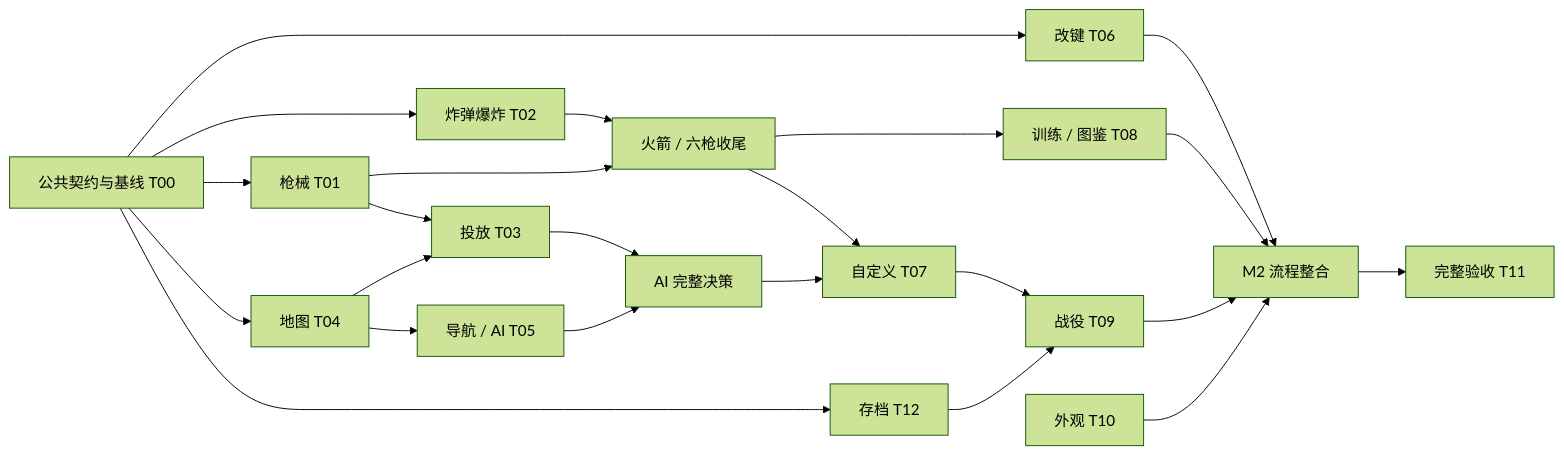
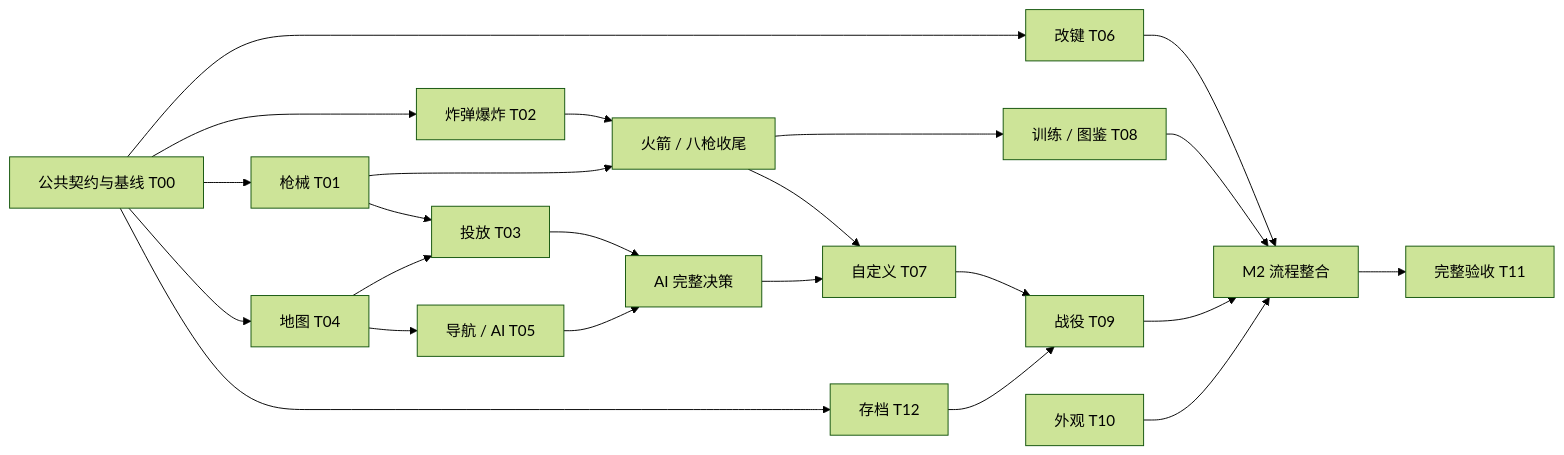
The diagram in docs/PARALLEL_PLAN.md (aliez-zero/gun-brawl), drawn with Mermaid (forest theme) before and after one commit. The commit also changed other lines of this file and 15 other files, not shown here.

````diff
--- a/docs/PARALLEL_PLAN.md
+++ b/docs/PARALLEL_PLAN.md
@@ -143,25 +143,25 @@
 ```mermaid
 flowchart LR
     T00[公共契约与基线 T00] --> T01[枪械 T01]
     T00 --> T02[炸弹爆炸 T02]
     T00 --> T04[地图 T04]
     T00 --> T06[改键 T06]
     T00 --> T12[存档 T12]
-    T02 --> R[火箭 / 六枪收尾]
+    T02 --> R[火箭 / 八枪收尾]
     T01 --> R
     T01 --> T03[投放 T03]
     T04 --> T03
     T04 --> T05[导航 / AI T05]
     T03 --> A[AI 完整决策]
     T05 --> A
     R --> T07[自定义 T07]
     A --> T07
     T07 --> T09[战役 T09]
     T12 --> T09
     R --> T08[训练 / 图鉴 T08]
     T06 --> M2[M2 流程整合]
     T08 --> M2
     T09 --> M2
     T10[外观 T10] --> M2
     M2 --> T11[完整验收 T11]
 ```
````
